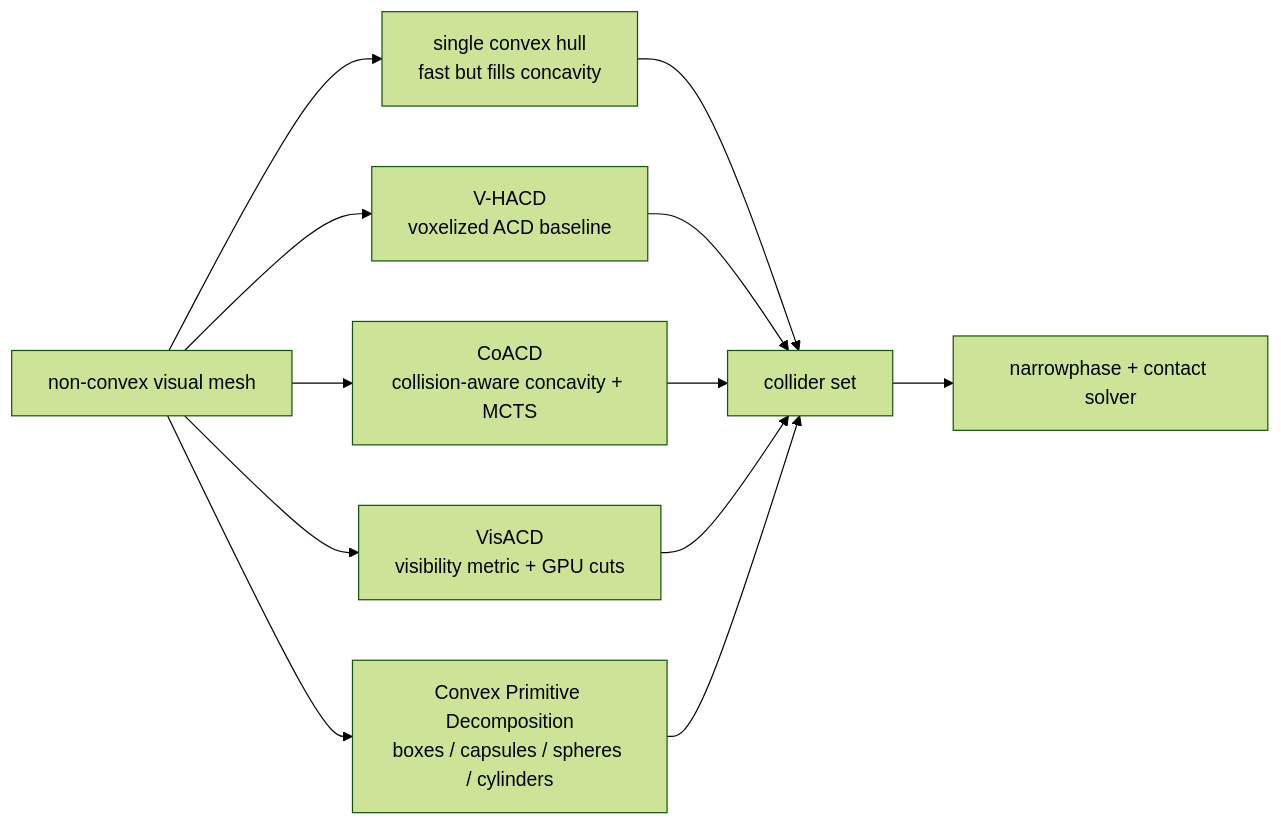
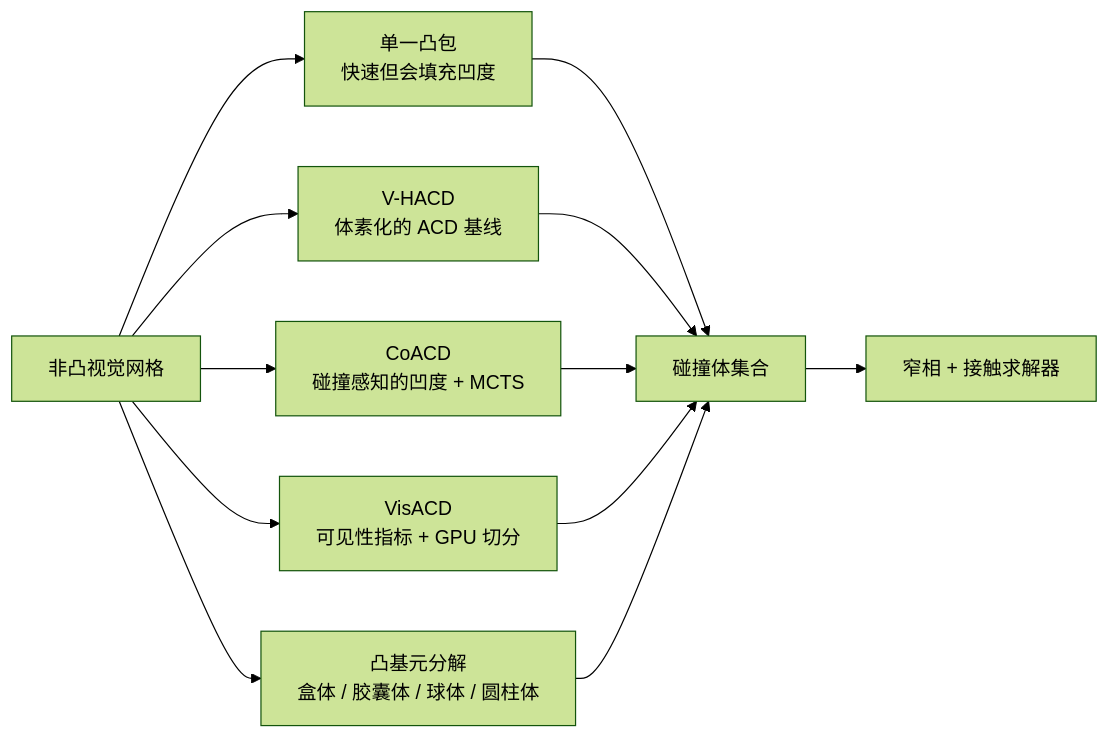
The diagram in wiki/concepts/ApproximateConvexDecomposition.md (niuverse/llm-wiki), drawn with Mermaid (forest theme) before and after one commit. The commit also changed other lines of this file and 123 other files, not shown here.

````diff
--- a/wiki/concepts/ApproximateConvexDecomposition.md
+++ b/wiki/concepts/ApproximateConvexDecomposition.md
@@ -43,14 +43,14 @@
 ```mermaid
 flowchart LR
-  A["non-convex visual mesh"] --> B["single convex hull<br/>fast but fills concavity"]
-  A --> C["V-HACD<br/>voxelized ACD baseline"]
-  A --> D["CoACD<br/>collision-aware concavity + MCTS"]
-  A --> E["VisACD<br/>visibility metric + GPU cuts"]
-  A --> F["Convex Primitive Decomposition<br/>boxes / capsules / spheres / cylinders"]
-  B --> G["collider set"]
+  A["非凸视觉网格"] --> B["单一凸包<br/>快速但会填充凹度"]
+  A --> C["V-HACD<br/>体素化的 ACD 基线"]
+  A --> D["CoACD<br/>碰撞感知的凹度 + MCTS"]
+  A --> E["VisACD<br/>可见性指标 + GPU 切分"]
+  A --> F["凸基元分解<br/>盒体 / 胶囊体 / 球体 / 圆柱体"]
+  B --> G["碰撞体集合"]
   C --> G
   D --> G
   E --> G
   F --> G
-  G --> H["narrowphase + contact solver"]
+  G --> H["窄相 + 接触求解器"]
 ```
````
